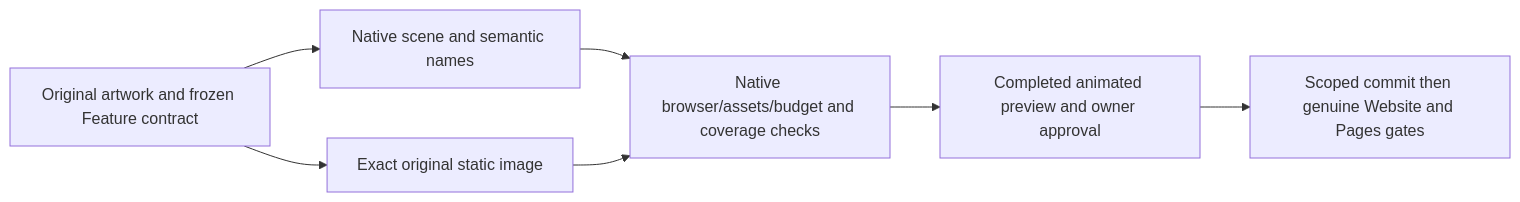
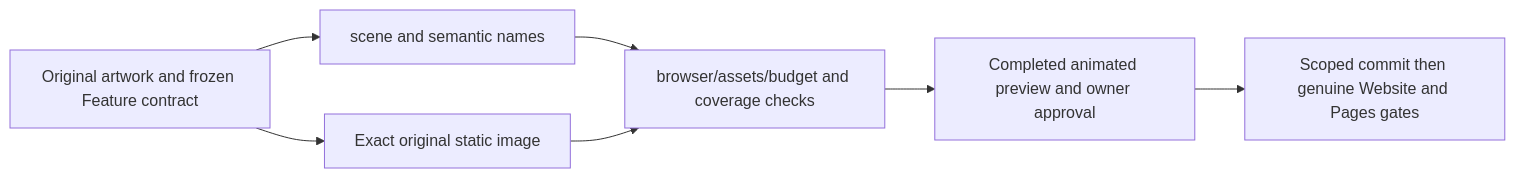
Before and after one commit to managedcode/KeyLoad: the second of 2 diagrams in docs/ADR/ADR-040-static-site-threejs-evidence.md, drawn with Mermaid. The commit also changed other lines of this file and 9016 other files, not shown here.

````diff
--- a/docs/ADR/ADR-040-static-site-threejs-evidence.md
+++ b/docs/ADR/ADR-040-static-site-threejs-evidence.md
@@ -201,9 +201,9 @@
 ```mermaid
 flowchart LR
-    Reference[Original artwork and frozen Feature contract] --> Geometry[Native scene and semantic names]
+    Reference[Original artwork and frozen Feature contract] --> Geometry[scene and semantic names]
     Reference --> Fallback[Exact original static image]
-    Geometry --> Join[Native browser/assets/budget and coverage checks]
+    Geometry --> Join[browser/assets/budget and coverage checks]
     Fallback --> Join
     Join --> Owner[Completed animated preview and owner approval]
     Owner --> Website[Scoped commit then genuine Website and Pages gates]
 ```
````
